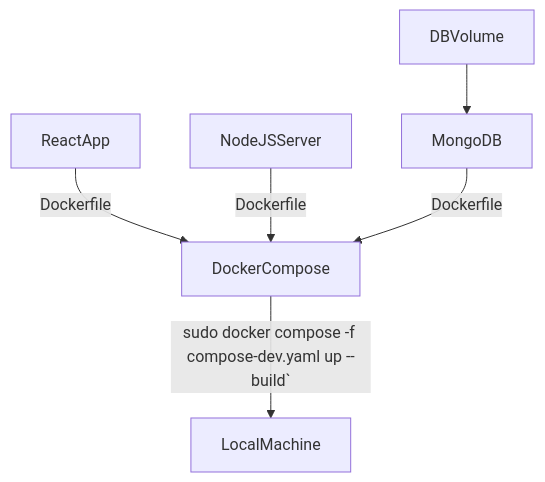
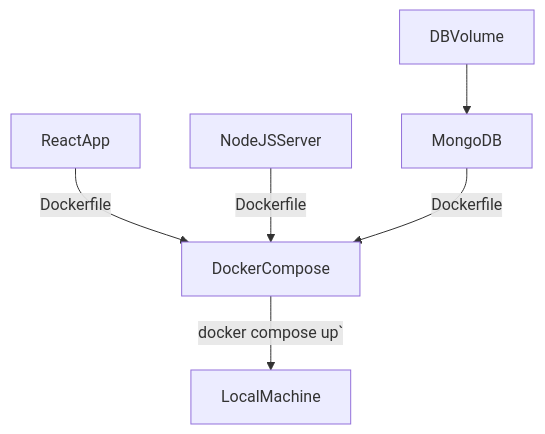
Before and after one commit to CarlaCGDM/open-virtual-tours: the first of 2 diagrams in README.md, drawn with Mermaid. The commit also changed other lines of this file, not shown here.

````diff
--- a/README.md
+++ b/README.md
@@ -20,8 +20,8 @@
 ```mermaid
 graph TD;
     ReactApp--> |Dockerfile| DockerCompose;
     NodeJSServer--> |Dockerfile| DockerCompose;
     DBVolume-->MongoDB;
     MongoDB--> |Dockerfile| DockerCompose;
-    DockerCompose--> |sudo docker compose -f compose-dev.yaml up --build`| LocalMachine;
+    DockerCompose--> |docker compose up`| LocalMachine;
 ```
````
